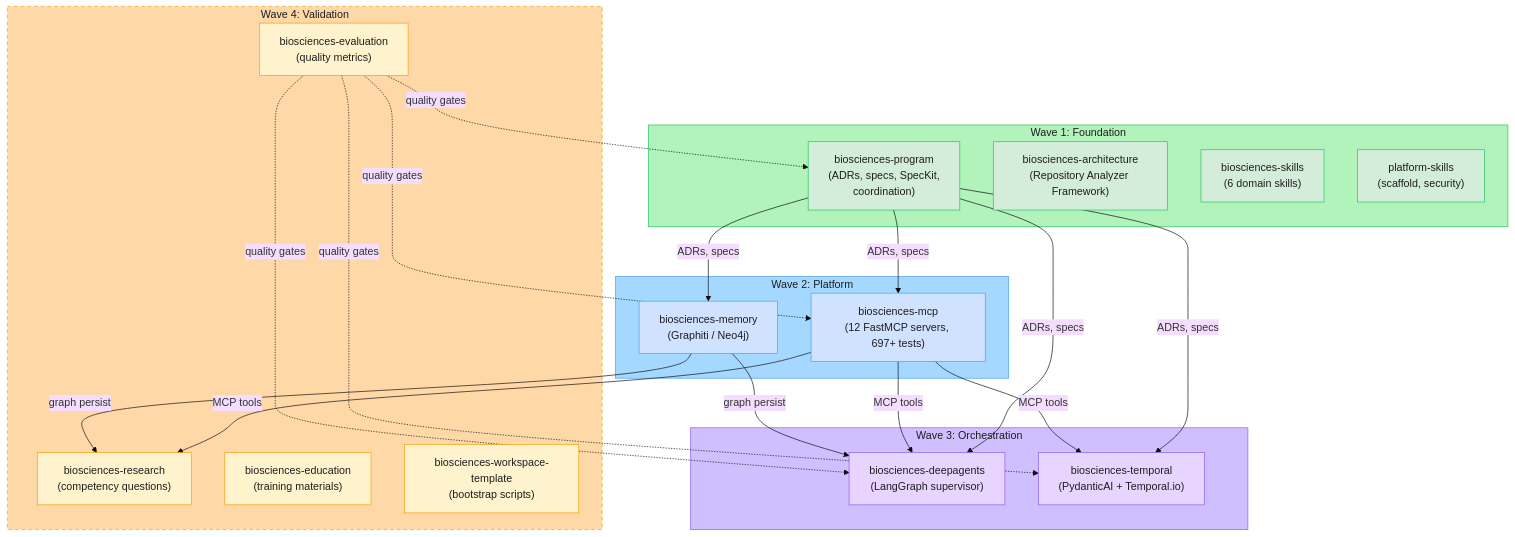
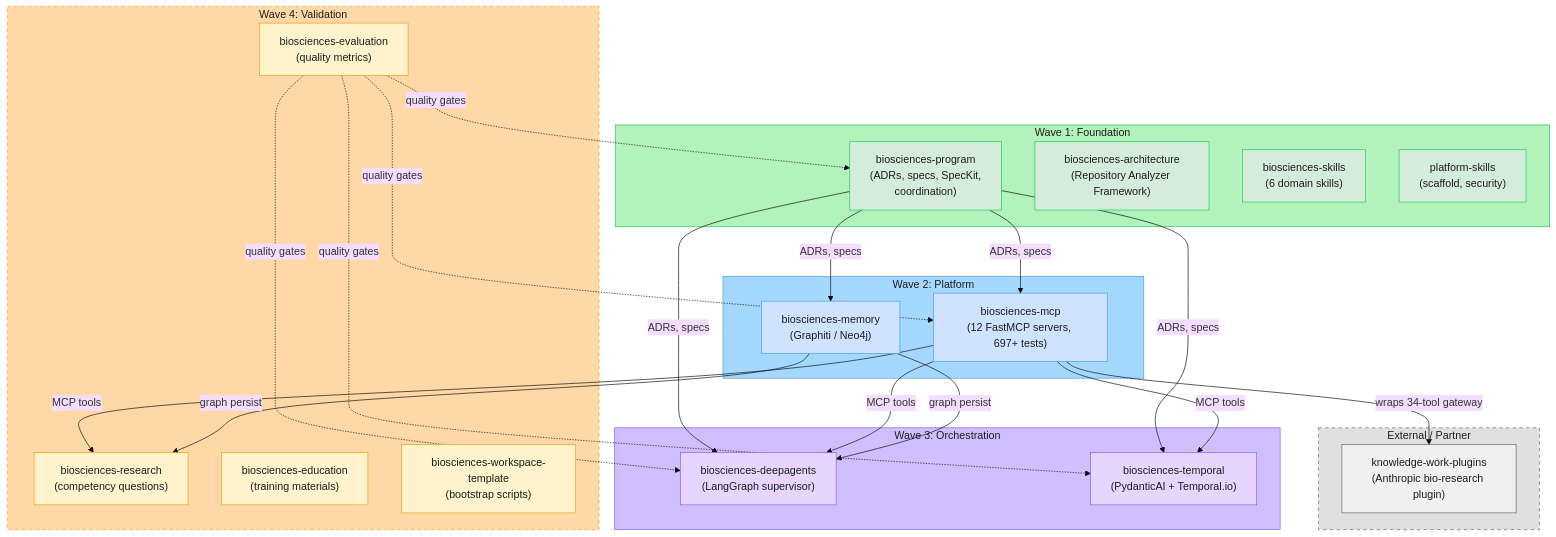
Before and after one commit to open-biosciences/biosciences-program: the diagram in docs/diagrams/repo-dependency-graph.md, drawn with Mermaid (base theme). The commit also changed other lines of this file and 9 other files, not shown here.

First line of the commit message:
docs: update diagrams and add 3 new architectural diagrams

````diff
--- a/docs/diagrams/repo-dependency-graph.md
+++ b/docs/diagrams/repo-dependency-graph.md
@@ -6,59 +6,66 @@
 ```mermaid
 flowchart TD
     subgraph wave1["Wave 1: Foundation"]
         program["biosciences-program<br/>(ADRs, specs, SpecKit,<br/>coordination)"]
         arch["biosciences-architecture<br/>(Repository Analyzer Framework)"]
         skills["biosciences-skills<br/>(6 domain skills)"]
         platskills["platform-skills<br/>(scaffold, security)"]
+    end
+
+    subgraph external["External / Partner"]
+        kwp["knowledge-work-plugins<br/>(Anthropic bio-research plugin)"]
     end
 
     subgraph wave2["Wave 2: Platform"]
         mcp["biosciences-mcp<br/>(12 FastMCP servers, 697+ tests)"]
         memory["biosciences-memory<br/>(Graphiti / Neo4j)"]
     end
 
     subgraph wave3["Wave 3: Orchestration"]
         deep["biosciences-deepagents<br/>(LangGraph supervisor)"]
         temporal["biosciences-temporal<br/>(PydanticAI + Temporal.io)"]
     end
 
     subgraph wave4["Wave 4: Validation"]
         eval["biosciences-evaluation<br/>(quality metrics)"]
         research["biosciences-research<br/>(competency questions)"]
         edu["biosciences-education<br/>(training materials)"]
         workspace["biosciences-workspace-template<br/>(bootstrap scripts)"]
     end
 
     program -->|ADRs, specs| mcp
     program -->|ADRs, specs| memory
     program -->|ADRs, specs| deep
     program -->|ADRs, specs| temporal
     mcp -->|MCP tools| deep
     mcp -->|MCP tools| temporal
     mcp -->|MCP tools| research
     memory -->|graph persist| deep
     memory -->|graph persist| research
+    mcp -->|wraps 34-tool gateway| kwp
 
     eval -.->|quality gates| program
     eval -.->|quality gates| mcp
     eval -.->|quality gates| deep
     eval -.->|quality gates| temporal
 
     style wave1 fill:#b2f2bb,stroke:#22c55e,color:#1e1e1e
     style wave2 fill:#a5d8ff,stroke:#4a9eed,color:#1e1e1e
     style wave3 fill:#d0bfff,stroke:#8b5cf6,color:#1e1e1e
     style wave4 fill:#ffd8a8,stroke:#f59e0b,color:#1e1e1e,stroke-dasharray: 5 5
+    style external fill:#e0e0e0,stroke:#666666,color:#1e1e1e,stroke-dasharray: 5 5
 
     style arch fill:#d4edda,stroke:#22c55e,color:#1e1e1e
     style skills fill:#d4edda,stroke:#22c55e,color:#1e1e1e
     style program fill:#d4edda,stroke:#22c55e,color:#1e1e1e
     style platskills fill:#d4edda,stroke:#22c55e,color:#1e1e1e
+    style kwp fill:#f0f0f0,stroke:#666666,color:#1e1e1e
     style mcp fill:#cfe2ff,stroke:#4a9eed,color:#1e1e1e
     style memory fill:#cfe2ff,stroke:#4a9eed,color:#1e1e1e
     style deep fill:#e8d5ff,stroke:#8b5cf6,color:#1e1e1e
     style temporal fill:#e8d5ff,stroke:#8b5cf6,color:#1e1e1e
     style eval fill:#fff3cd,stroke:#f59e0b,color:#1e1e1e
     style research fill:#fff3cd,stroke:#f59e0b,color:#1e1e1e
     style edu fill:#fff3cd,stroke:#f59e0b,color:#1e1e1e
     style workspace fill:#fff3cd,stroke:#f59e0b,color:#1e1e1e
 ```
````
